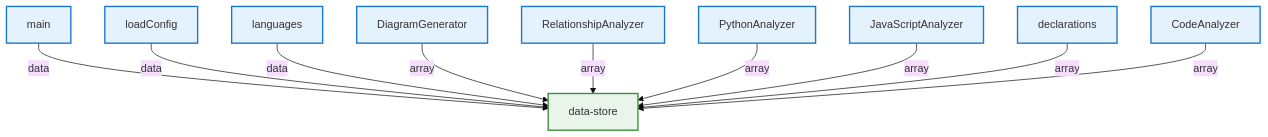
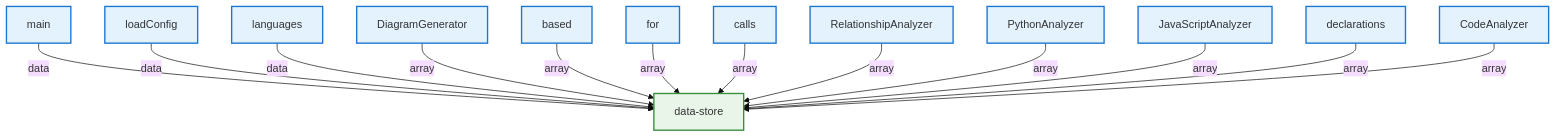
One commit to samjhill/diagrammer changed the diagram in docs/architecture/dataFlow.md. Above: the diagram before and after it, drawn with Mermaid (base theme). The commit also changed other lines of this file and 7 other files, not shown here.

Commit message:
docs: Update architecture diagrams [skip ci]

````diff
--- a/docs/architecture/dataFlow.md
+++ b/docs/architecture/dataFlow.md
@@ -5,36 +7,45 @@
 ```mermaid
 graph TD
   classDef component fill:#e3f2fd,stroke:#1976d2,stroke-width:2px
   classDef data fill:#e8f5e8,stroke:#388e3c,stroke-width:2px
   classDef state fill:#fff3e0,stroke:#f57c00,stroke-width:2px
   classDef props fill:#f3e5f5,stroke:#7b1fa2,stroke-width:2px
 
   main["main"]:::component
   data_store["data-store"]:::data
   main -->|data| data_store
   loadConfig["loadConfig"]:::component
   data_store["data-store"]:::data
   loadConfig -->|data| data_store
   languages["languages"]:::component
   data_store["data-store"]:::data
   languages -->|data| data_store
   DiagramGenerator["DiagramGenerator"]:::component
   data_store["data-store"]:::data
   DiagramGenerator -->|array| data_store
+  based["based"]:::component
+  data_store["data-store"]:::data
+  based -->|array| data_store
+  for["for"]:::component
+  data_store["data-store"]:::data
+  for -->|array| data_store
+  calls["calls"]:::component
+  data_store["data-store"]:::data
+  calls -->|array| data_store
   RelationshipAnalyzer["RelationshipAnalyzer"]:::component
   data_store["data-store"]:::data
   RelationshipAnalyzer -->|array| data_store
   PythonAnalyzer["PythonAnalyzer"]:::component
   data_store["data-store"]:::data
   PythonAnalyzer -->|array| data_store
   JavaScriptAnalyzer["JavaScriptAnalyzer"]:::component
   data_store["data-store"]:::data
   JavaScriptAnalyzer -->|array| data_store
   declarations["declarations"]:::component
   data_store["data-store"]:::data
   declarations -->|array| data_store
   CodeAnalyzer["CodeAnalyzer"]:::component
   data_store["data-store"]:::data
   CodeAnalyzer -->|array| data_store
 
 ```
````
